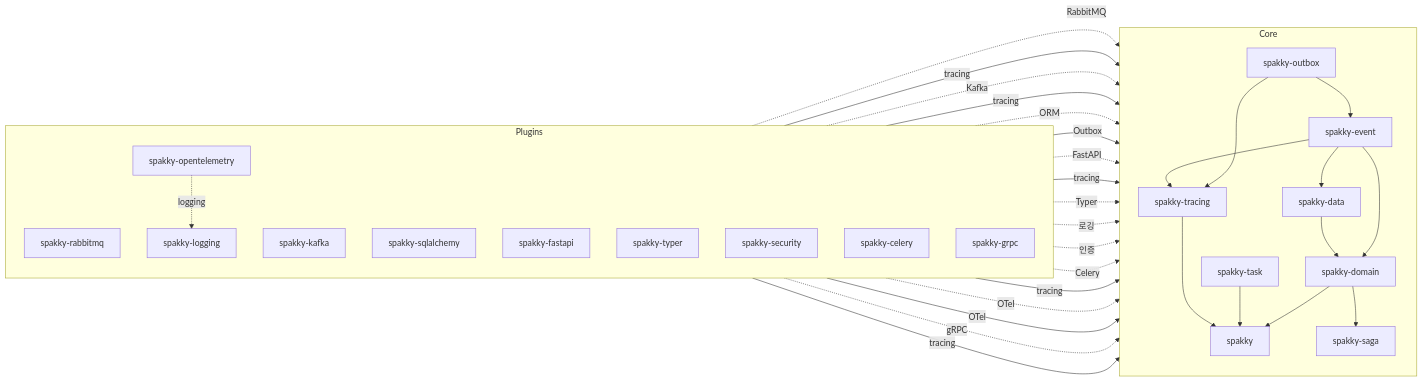
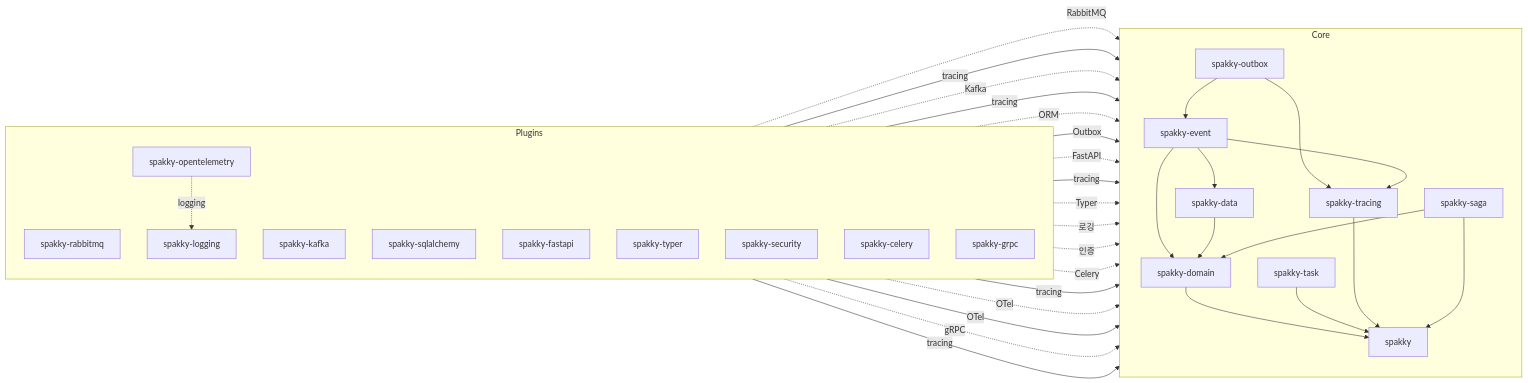
One commit to E5presso/spakky-framework changed the diagram in docs/index.md. Above: the diagram before and after it, drawn with Mermaid. The commit also changed 6 other files, not shown here.

````diff
--- a/docs/index.md
+++ b/docs/index.md
@@ -249,49 +249,50 @@
 ```mermaid
 flowchart LR
   subgraph Plugins[Plugins]
     direction TB
     rabbitmq[spakky-rabbitmq]
     kafka[spakky-kafka]
     sqlalchemy[spakky-sqlalchemy]
     fastapi[spakky-fastapi]
     typer[spakky-typer]
     logging[spakky-logging]
     security[spakky-security]
     celery[spakky-celery]
     opentelemetry[spakky-opentelemetry]
     grpc[spakky-grpc]
   end
 
   subgraph Core[Core]
     direction TB
     outbox[spakky-outbox] --> event[spakky-event]
     outbox --> tracing_dep[spakky-tracing]
     event --> data[spakky-data]
     event --> tracing_dep
     event --> domain[spakky-domain]
     data --> domain
     domain --> core[spakky]
     task[spakky-task] --> core
     tracing_dep --> core
-    domain --> saga[spakky-saga]
+    saga[spakky-saga] --> domain
+    saga --> core
   end
 
   rabbitmq -. RabbitMQ .-> event
   rabbitmq -- tracing --> tracing_dep
   kafka -. Kafka .-> event
   kafka -- tracing --> tracing_dep
   sqlalchemy -. ORM .-> data
   sqlalchemy -- Outbox --> outbox
   fastapi -. FastAPI .-> core
   fastapi -- tracing --> tracing_dep
   typer -. Typer .-> core
   logging -. 로깅 .-> core
   security -. 인증 .-> core
   celery -. Celery .-> task
   celery -- tracing --> tracing_dep
   opentelemetry -. OTel .-> core
   opentelemetry -- OTel --> tracing_dep
   opentelemetry -. logging .-> logging
   grpc -. gRPC .-> core
   grpc -- tracing --> tracing_dep
 ```
````
